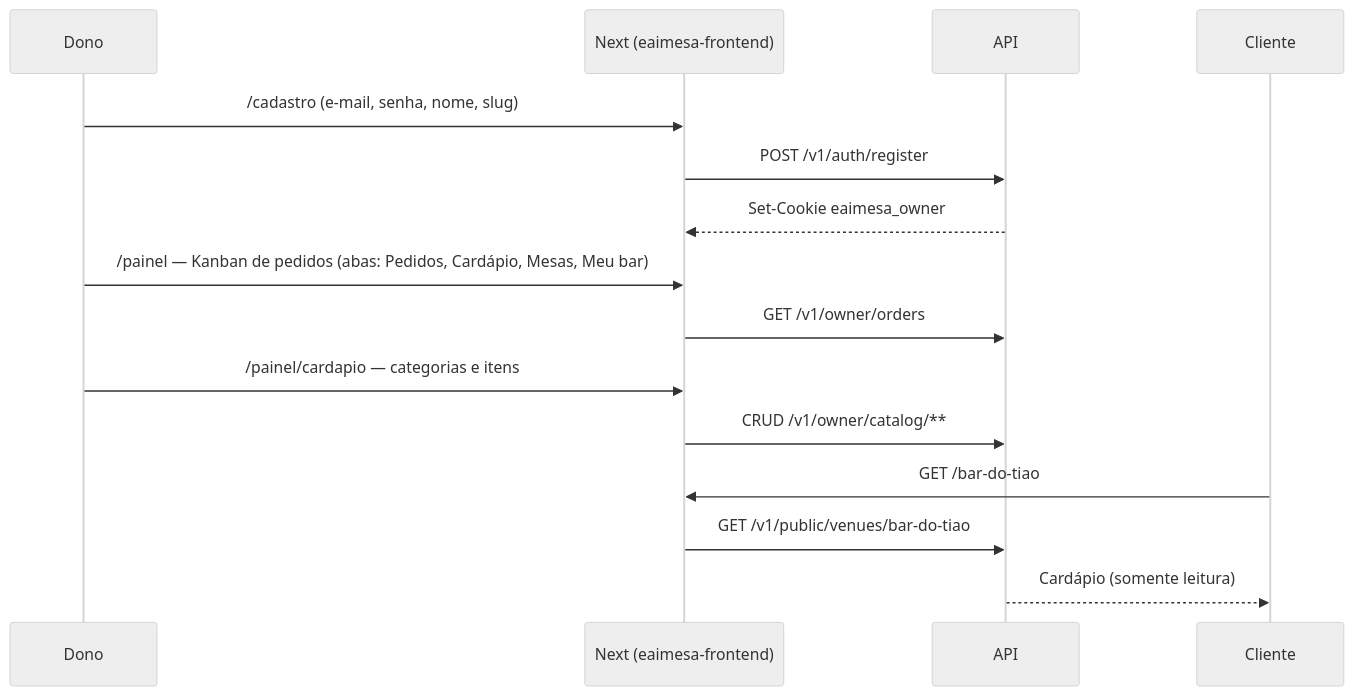
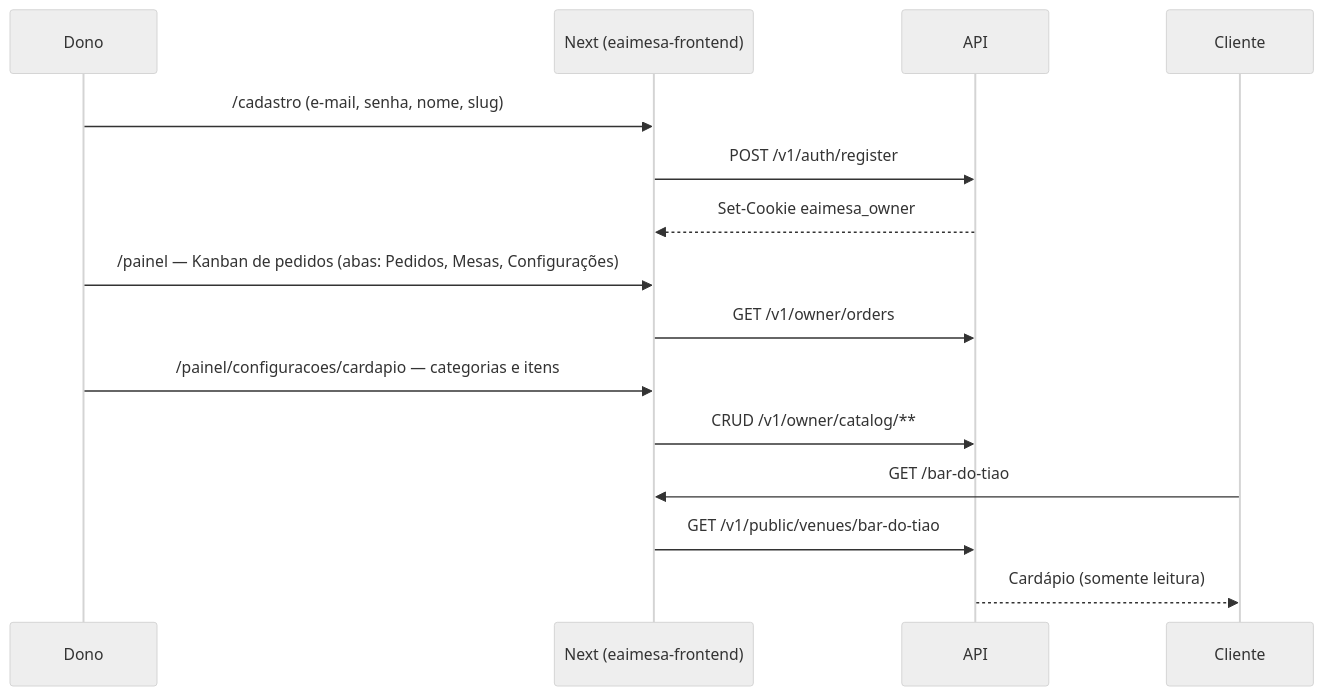
The first of 7 diagrams in docs/product/fluxos.md (filiperamosds/eaimesa-frontend), drawn with Mermaid (neutral theme) before and after one commit. The commit also changed other lines of this file and 41 other files, not shown here.

First line of the commit message:
Reorganizar painel: Operação + Configurações e responsável

````diff
--- a/docs/product/fluxos.md
+++ b/docs/product/fluxos.md
@@ -7,18 +7,18 @@
 ```mermaid
 sequenceDiagram
   participant D as Dono
   participant W as Next (eaimesa-frontend)
   participant API as API
   participant C as Cliente
 
   D->>W: /cadastro (e-mail, senha, nome, slug)
   W->>API: POST /v1/auth/register
   API-->>W: Set-Cookie eaimesa_owner
-  D->>W: /painel — Kanban de pedidos (abas: Pedidos, Cardápio, Mesas, Meu bar)
+  D->>W: /painel — Kanban de pedidos (abas: Pedidos, Mesas, Configurações)
   W->>API: GET /v1/owner/orders
-  D->>W: /painel/cardapio — categorias e itens
+  D->>W: /painel/configuracoes/cardapio — categorias e itens
   W->>API: CRUD /v1/owner/catalog/**
   C->>W: GET /bar-do-tiao
   W->>API: GET /v1/public/venues/bar-do-tiao
   API-->>C: Cardápio (somente leitura)
 ```
````
